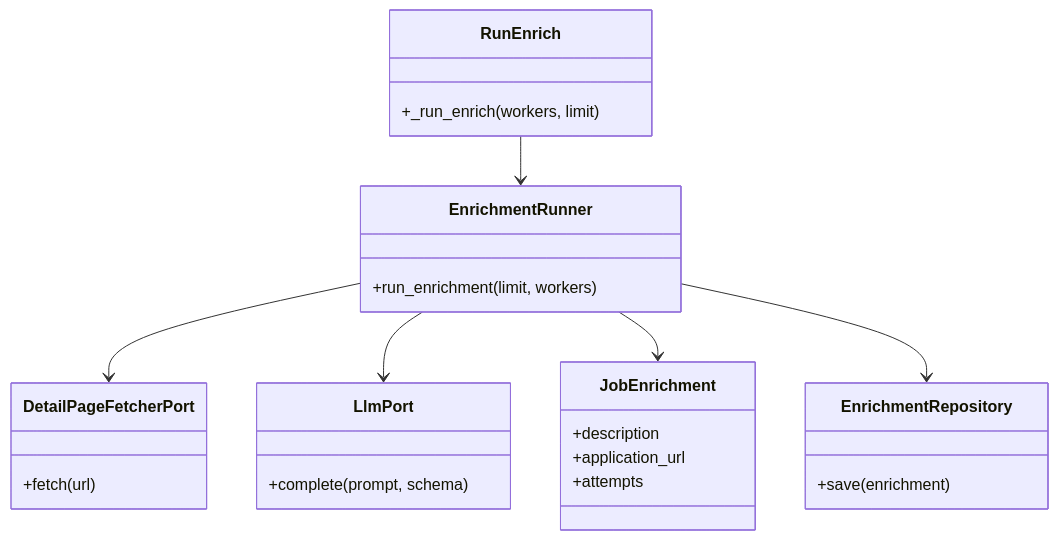
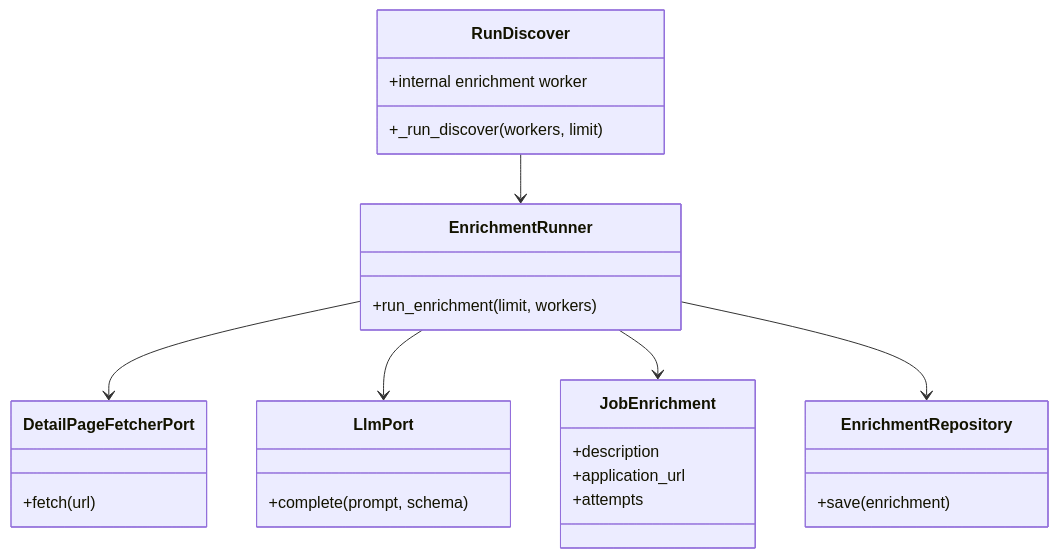
The sixth of 15 diagrams in docs/job-pipeline-architecture.md (ebarti/JobCtrl), drawn with Mermaid before and after one commit. The commit also changed other lines of this file and 12 other files, not shown here.

````diff
--- a/docs/job-pipeline-architecture.md
+++ b/docs/job-pipeline-architecture.md
@@ -411,29 +420,30 @@
 ```mermaid
 classDiagram
-    class RunEnrich {
-      +_run_enrich(workers, limit)
+    class RunDiscover {
+      +_run_discover(workers, limit)
+      +internal enrichment worker
     }
     class EnrichmentRunner {
       +run_enrichment(limit, workers)
     }
     class DetailPageFetcherPort {
       +fetch(url)
     }
     class LlmPort {
       +complete(prompt, schema)
     }
     class JobEnrichment {
       +description
       +application_url
       +attempts
     }
     class EnrichmentRepository {
       +save(enrichment)
     }
 
-    RunEnrich --> EnrichmentRunner
+    RunDiscover --> EnrichmentRunner
     EnrichmentRunner --> DetailPageFetcherPort
     EnrichmentRunner --> LlmPort
     EnrichmentRunner --> JobEnrichment
     EnrichmentRunner --> EnrichmentRepository
 ```
````
